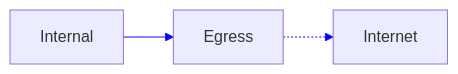
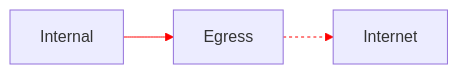
Before and after one commit to efi-rfauzan/hello-world: the diagram in README.md, drawn with Mermaid.

````diff
--- a/README.md
+++ b/README.md
@@ -2,5 +2,7 @@
 ```mermaid
 flowchart LR;
-  Internal --> Egress -.-> Internet;
-  linkStyle default stroke:blue;
+  Internal --> Egress --> Internet;
+  
+  linkStyle 0 stroke:red
+  linkStyle 1 stroke:red, stroke-dasharray:3;
 ```
````
